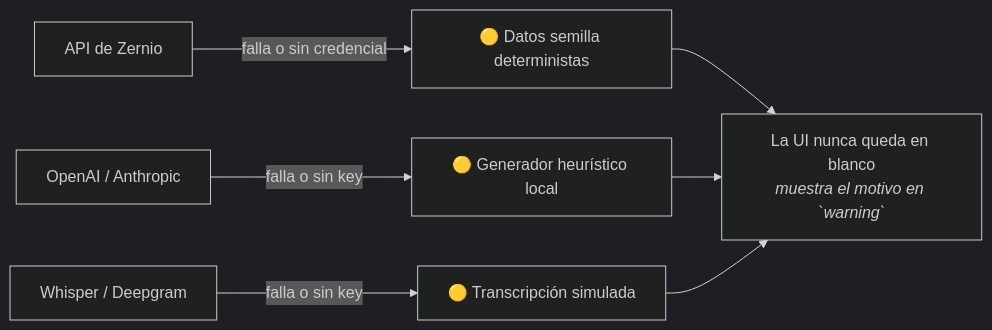
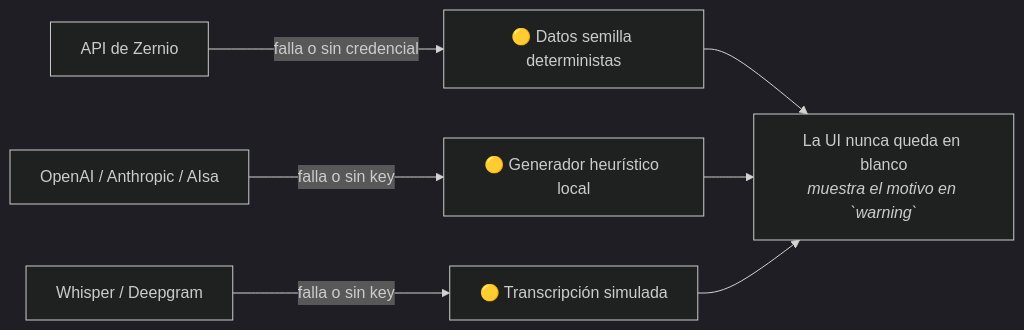
Before and after one commit to iamnocodeveloper/content-command-center: the third of 3 diagrams in README.md, drawn with Mermaid (dark theme). The commit also changed other lines of this file and 7 other files, not shown here.

````diff
--- a/README.md
+++ b/README.md
@@ -171,9 +171,9 @@
 ```mermaid
 flowchart LR
     A["API de Zernio"] -->|falla o sin credencial| A2["🟡 Datos semilla deterministas"]
-    B["OpenAI / Anthropic"] -->|falla o sin key| B2["🟡 Generador heurístico local"]
+    B["OpenAI / Anthropic / AIsa"] -->|falla o sin key| B2["🟡 Generador heurístico local"]
     C["Whisper / Deepgram"] -->|falla o sin key| C2["🟡 Transcripción simulada"]
     A2 --> D["La UI nunca queda en blanco<br/><i>muestra el motivo en `warning`</i>"]
     B2 --> D
     C2 --> D
 ```
````
